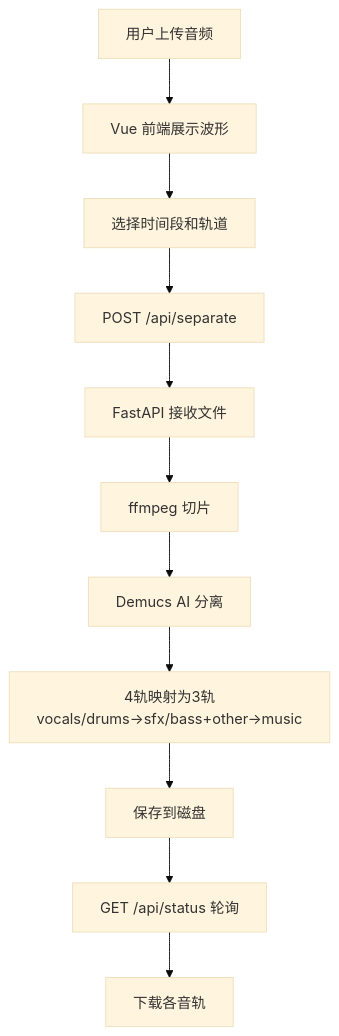
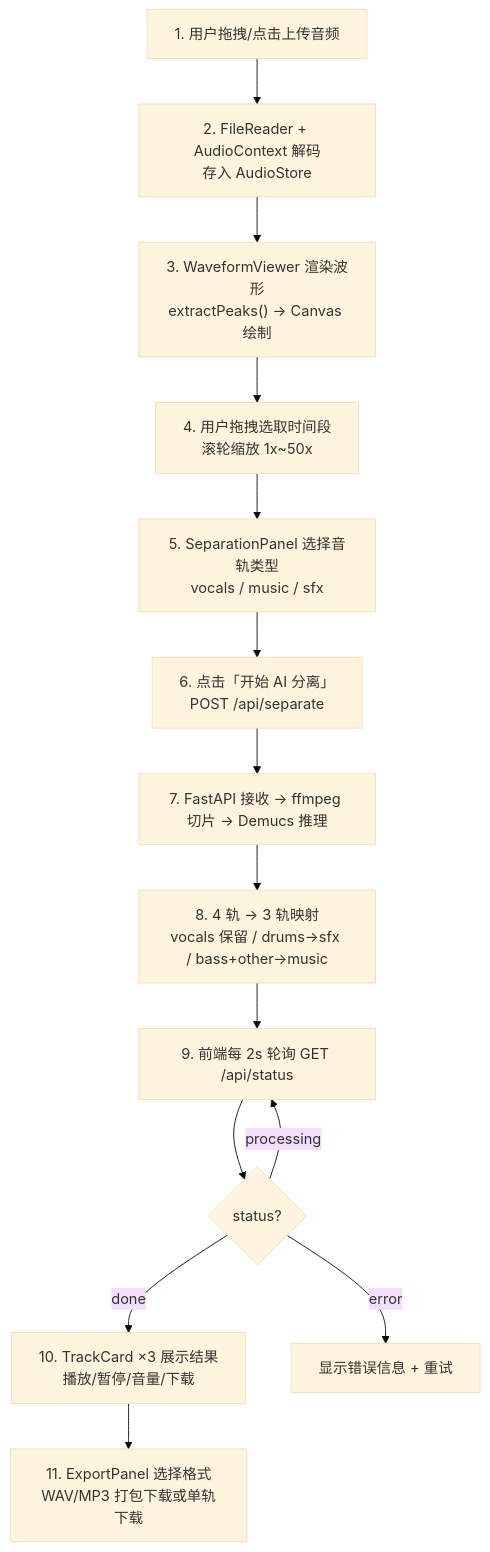
One commit to NEIL05290018/musicapp changed the second of 3 diagrams in .trae/documents/TECHNICAL_ARCHITECTURE.md. Above: the diagram before and after it, drawn with Mermaid (base theme). The commit also changed other lines of this file and 6 other files, not shown here.

````diff
--- a/.trae/documents/TECHNICAL_ARCHITECTURE.md
+++ b/.trae/documents/TECHNICAL_ARCHITECTURE.md
@@ -103,13 +219,16 @@
 ```mermaid
 flowchart TD
-    Upload["用户上传音频"] --> Frontend["Vue 前端展示波形"]
-    Frontend --> Select["选择时间段和轨道"]
-    Select --> API["POST /api/separate"]
-    API --> Backend["FastAPI 接收文件"]
-    Backend --> Slice["ffmpeg 切片"]
-    Slice --> Demucs["Demucs AI 分离"]
-    Demucs --> Merge["4轨映射为3轨<br/>vocals/drums→sfx/bass+other→music"]
-    Merge --> Store["保存到磁盘"]
-    Store --> Status["GET /api/status 轮询"]
-    Status --> Download["下载各音轨"]
+    Upload["1. 用户拖拽/点击上传音频"] --> Decode["2. FileReader + AudioContext 解码<br/>存入 AudioStore"]
+    Decode --> Waveform["3. WaveformViewer 渲染波形<br/>extractPeaks() → Canvas 绘制"]
+    Waveform --> Select["4. 用户拖拽选取时间段<br/>滚轮缩放 1x~50x"]
+    Select --> Toggle["5. SeparationPanel 选择音轨类型<br/>vocals / music / sfx"]
+    Toggle --> Separate["6. 点击「开始 AI 分离」<br/>POST /api/separate"]
+    Separate --> Backend["7. FastAPI 接收 → ffmpeg 切片 → Demucs 推理"]
+    Backend --> Merge["8. 4 轨 → 3 轨映射<br/>vocals 保留 / drums→sfx / bass+other→music"]
+    Merge --> Poll["9. 前端每 2s 轮询 GET /api/status"]
+    Poll --> Done{"status?"}
+    Done -->|processing| Poll
+    Done -->|done| Results["10. TrackCard ×3 展示结果<br/>播放/暂停/音量/下载"]
+    Done -->|error| Error["显示错误信息 + 重试"]
+    Results --> Export["11. ExportPanel 选择格式<br/>WAV/MP3 打包下载或单轨下载"]
 ```
````
